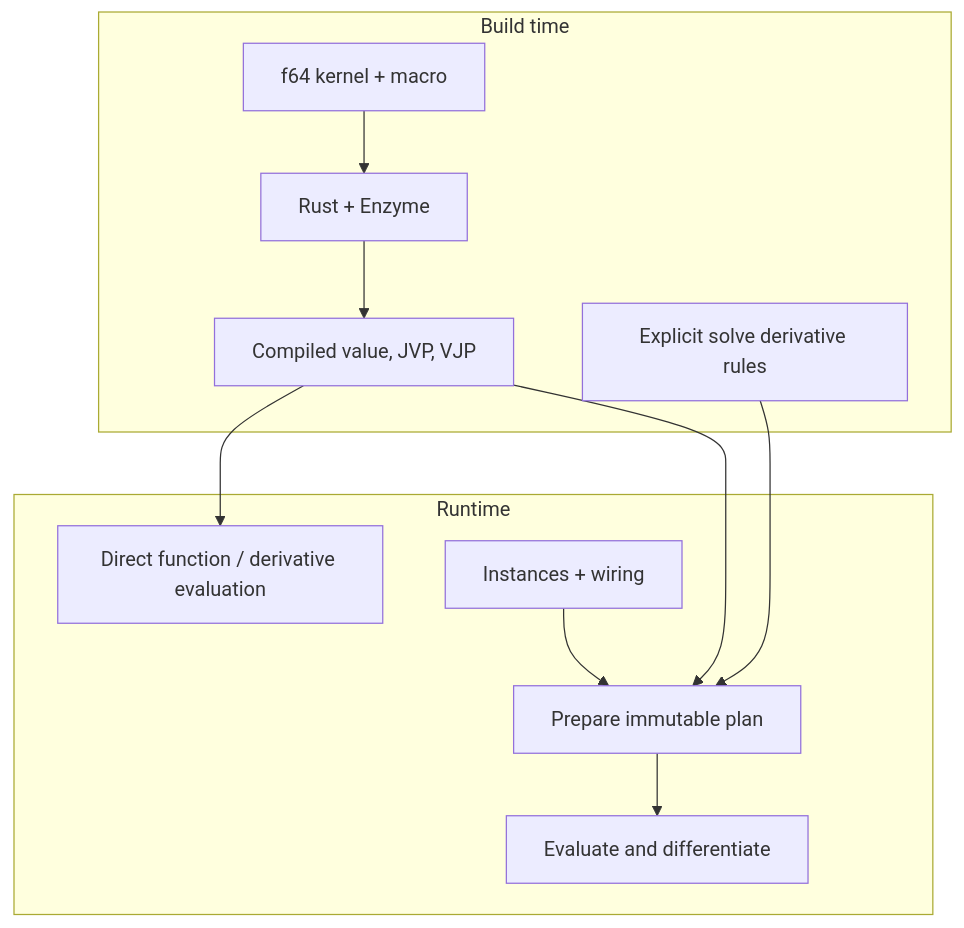
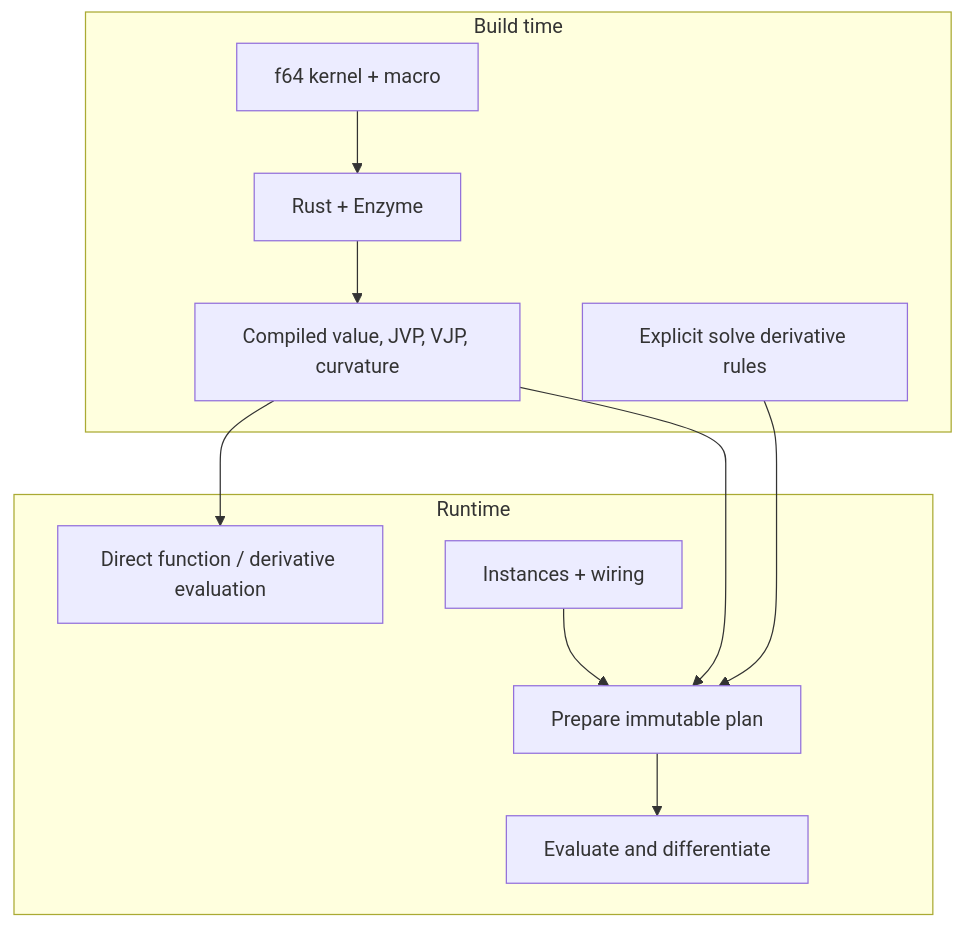
The first of 7 diagrams in docs/architecture.md (pantheon-rs/mercury), drawn with Mermaid before and after one commit. The commit also changed other lines of this file and 20 other files, not shown here.

````diff
--- a/docs/architecture.md
+++ b/docs/architecture.md
@@ -18,18 +17,18 @@
 ```mermaid
 flowchart TD
     subgraph build["Build time"]
         K["f64 kernel + macro"] --> AD["Rust + Enzyme"]
-        AD --> C["Compiled value, JVP, VJP"]
+        AD --> C["Compiled value, JVP, VJP, curvature"]
         S["Explicit solve derivative rules"]
     end
     subgraph runtime["Runtime"]
         D["Direct function / derivative evaluation"]
         W["Instances + wiring"] --> P["Prepare immutable plan"]
         P --> E["Evaluate and differentiate"]
     end
     C --> P
     C --> D
     S --> P
     C ~~~ W
     S ~~~ W
 ```
````
